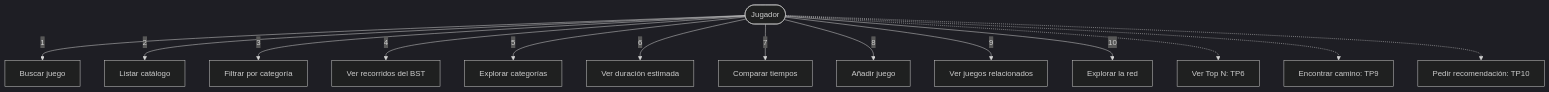
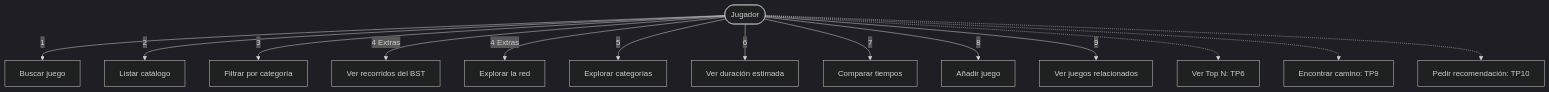
One commit to cartonero/tpi_integrador- changed the diagram in docs/02-casos-de-uso.md. Above: the diagram before and after it, drawn with Mermaid (dark theme). The commit also changed other lines of this file and 14 other files, not shown here.

````diff
--- a/docs/02-casos-de-uso.md
+++ b/docs/02-casos-de-uso.md
@@ -8,20 +8,20 @@
 ```mermaid
 graph TD
     U(["Jugador"])
     U -->|"1"| CU1["Buscar juego"]
     U -->|"2"| CU2["Listar catálogo"]
     U -->|"3"| CU3["Filtrar por categoría"]
-    U -->|"4"| CU4["Ver recorridos del BST"]
+    U -->|"4 Extras"| CU4["Ver recorridos del BST"]
+    U -->|"4 Extras"| CU13["Explorar la red"]
     U -->|"5"| CU5["Explorar categorías"]
     U -->|"6"| CU6["Ver duración estimada"]
     U -->|"7"| CU7["Comparar tiempos"]
     U -->|"8"| CU8["Añadir juego"]
     U -->|"9"| CU9["Ver juegos relacionados"]
-    U -->|"10"| CU13["Explorar la red"]
     CU10["Ver Top N: TP6"]
     CU11["Encontrar camino: TP9"]
     CU12["Pedir recomendación: TP10"]
     U -.-> CU10
     U -.-> CU11
     U -.-> CU12
 ```
````
